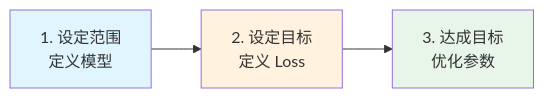
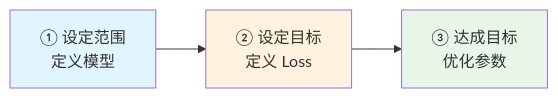
The first of 6 diagrams in AI/basic/01-深度学习基础-学习笔记.md (pillarliang/study-notes), drawn with Mermaid before and after one commit. The commit also changed 3 other files, not shown here.

````diff
--- a/AI/basic/01-深度学习基础-学习笔记.md
+++ b/AI/basic/01-深度学习基础-学习笔记.md
@@ -25,8 +25,8 @@
 ```mermaid
 flowchart LR
-    A["1. 设定范围<br/>定义模型"] --> B["2. 设定目标<br/>定义 Loss"]
-    B --> C["3. 达成目标<br/>优化参数"]
+    A["① 设定范围<br/>定义模型"] --> B["② 设定目标<br/>定义 Loss"]
+    B --> C["③ 达成目标<br/>优化参数"]
     style A fill:#e1f5fe
     style B fill:#fff3e0
     style C fill:#e8f5e9
 ```
````
